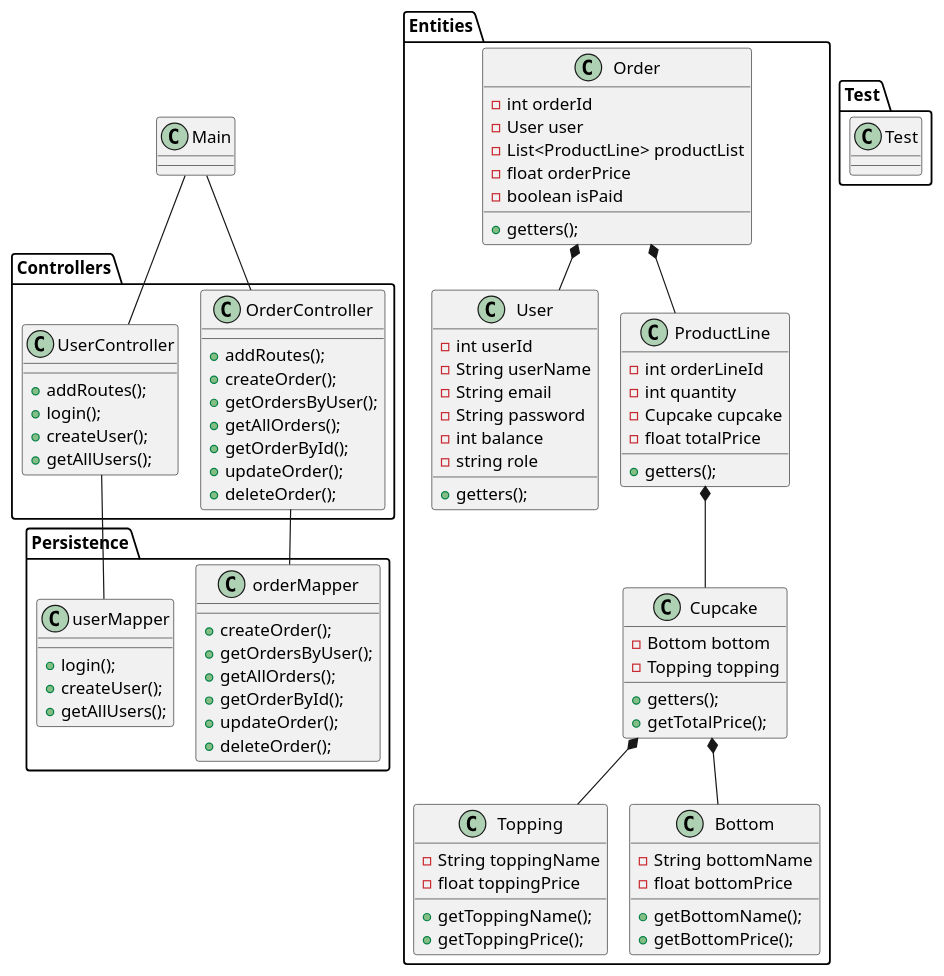
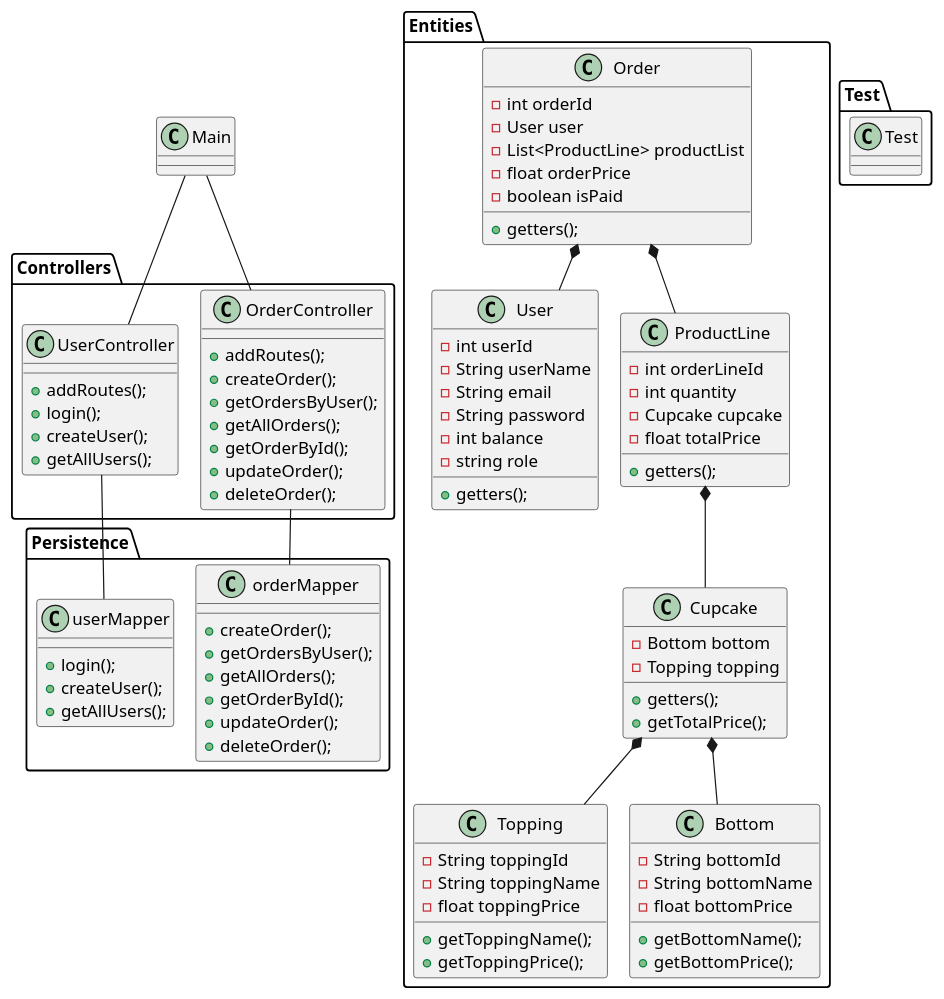
Before and after one commit to NightOwl-M/Cupcake-projekt: the diagram in Docs/ClassDiagram.puml, drawn with PlantUML. The commit also changed 2 other files, not shown here.

Commit message:
Rettelse i Bottom klassen. plus tilføjelse af BottomId og ToppingId i ClassDiagram.

```diff
--- a/Docs/ClassDiagram.puml
+++ b/Docs/ClassDiagram.puml
@@ -1,104 +1,106 @@
 @startuml
 !pragma Layout smetana
 
     class Main {
     }
 
 package "Entities" {
     class Cupcake {
     - Bottom bottom
     - Topping topping
     + getters();
     + getTotalPrice();
     }
 
     class Topping {
+    - String toppingId
     - String toppingName
     - float toppingPrice
     + getToppingName();
     + getToppingPrice();
     }
 
     class Bottom {
+    - String bottomId
     - String bottomName
     - float bottomPrice
     + getBottomName();
     + getBottomPrice();
     }
 
     class User {
     - int userId
     - String userName
     - String email
     - String password
     - int balance
     - string role
     + getters();
     }
     class ProductLine {
     - int orderLineId
     - int quantity
     - Cupcake cupcake
     - float totalPrice
     + getters();
     }
 
     class Order {
     - int orderId
     - User user
     - List<ProductLine> productList
     - float orderPrice
     - boolean isPaid
     + getters();
     }
 }
 Cupcake *-- Topping
 Cupcake *-- Bottom
 
 package "Persistence" {
     class orderMapper {
     + createOrder();
     + getOrdersByUser();
     + getAllOrders();
     + getOrderById();
     + updateOrder();
     + deleteOrder();
     }
 class userMapper {
     + login();
     + createUser();
     + getAllUsers();
     }
 }
 Order *-- ProductLine
 Order *-- User
 ProductLine *-- Cupcake
 
 package "Controllers" {
     class UserController {
     + addRoutes();
     + login();
     + createUser();
     + getAllUsers();
     }
 
     class OrderController {
     + addRoutes();
     + createOrder();
     + getOrdersByUser();
     + getAllOrders();
     + getOrderById();
     + updateOrder();
     + deleteOrder();
     }
 }
 package "Test" {
     class Test {
     }
 }
 Main -- UserController
 Main -- OrderController
 UserController -- userMapper
 OrderController -- orderMapper
 
 @enduml
```
